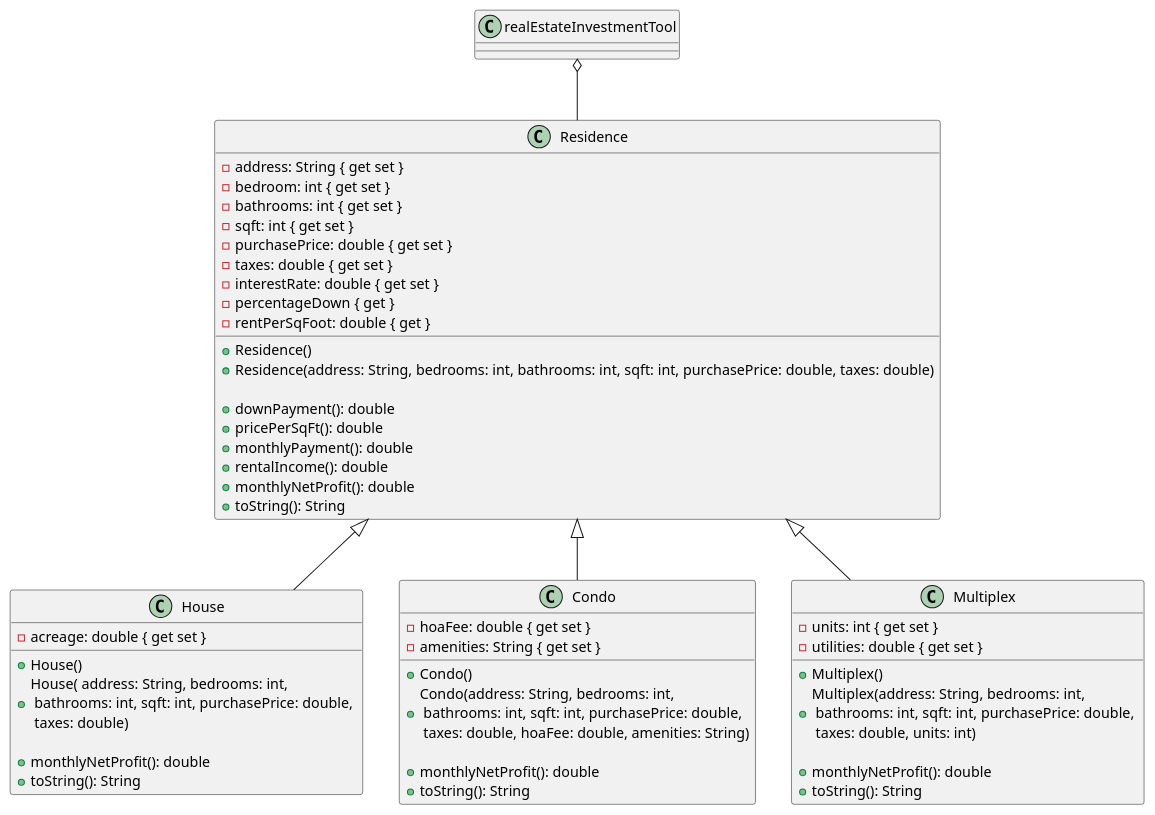
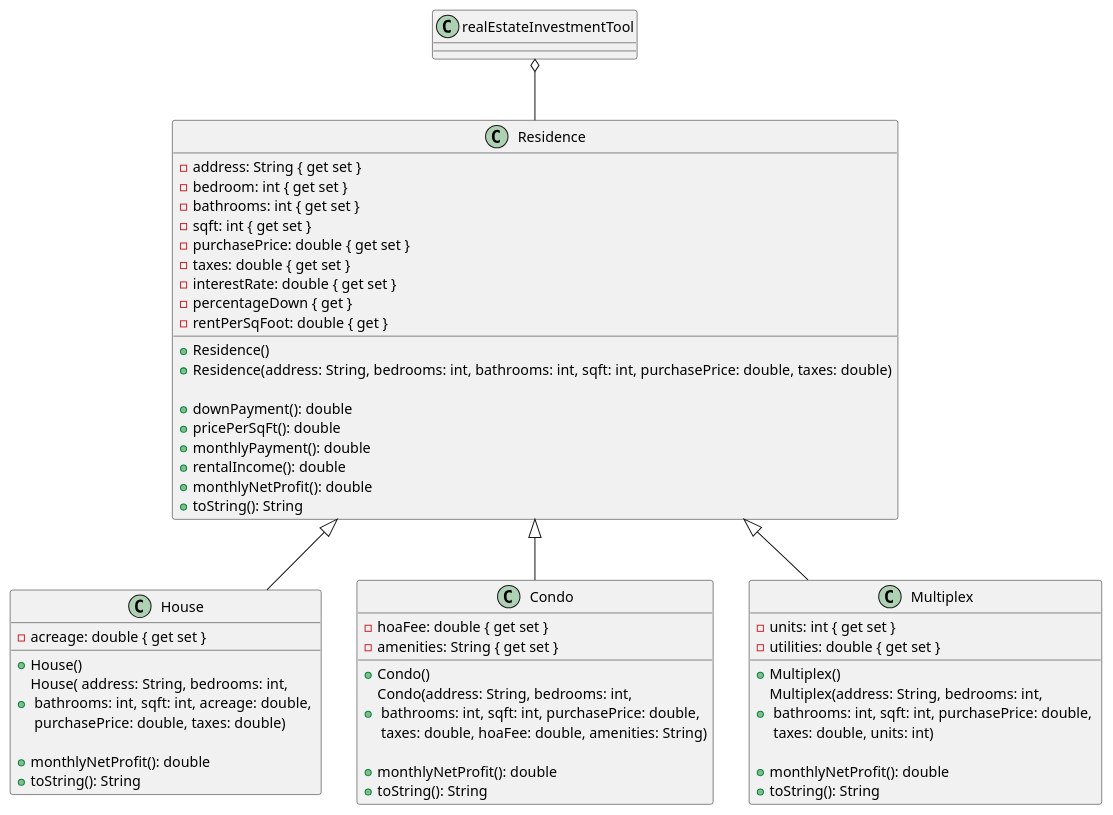
One commit to Hansen-Breanna/cit-260-final changed the diagram in src/Residence.plantuml. Above: the diagram before and after it, drawn with PlantUML. The commit also changed 2 other files, not shown here.

```diff
--- a/src/Residence.plantuml
+++ b/src/Residence.plantuml
@@ -1,59 +1,59 @@
 @startuml
 
 class Residence {
     -address: String { get set }
     -bedroom: int { get set }
     -bathrooms: int { get set }
     -sqft: int { get set }
     -purchasePrice: double { get set }
     -taxes: double { get set }
     -interestRate: double { get set }
     -percentageDown { get }
     -rentPerSqFoot: double { get }
 
     +Residence()
     +Residence(address: String, bedrooms: int, bathrooms: int, sqft: int, purchasePrice: double, taxes: double)
 
     +downPayment(): double
     +pricePerSqFt(): double
     +monthlyPayment(): double
     +rentalIncome(): double
     +monthlyNetProfit(): double
     +toString(): String
 }
 
 class House extends Residence {
     -acreage: double { get set }
 
     +House()
-    +House( address: String, bedrooms: int, \n bathrooms: int, sqft: int, purchasePrice: double, \n taxes: double)
+    +House( address: String, bedrooms: int, \n bathrooms: int, sqft: int, acreage: double, \n purchasePrice: double, taxes: double)
 
     +monthlyNetProfit(): double
     +toString(): String
 }
 
 class Condo extends Residence {
     -hoaFee: double { get set }
     -amenities: String { get set }
 
     +Condo()
     +Condo(address: String, bedrooms: int, \n bathrooms: int, sqft: int, purchasePrice: double, \n taxes: double, hoaFee: double, amenities: String)
 
     +monthlyNetProfit(): double
     +toString(): String
 }
 
 class Multiplex extends Residence {
     -units: int { get set }
     -utilities: double { get set }
 
     +Multiplex()
     +Multiplex(address: String, bedrooms: int, \n bathrooms: int, sqft: int, purchasePrice: double, \n taxes: double, units: int)
 
     +monthlyNetProfit(): double
     +toString(): String
 }
 
 realEstateInvestmentTool o-- Residence
 
 @enduml
```
